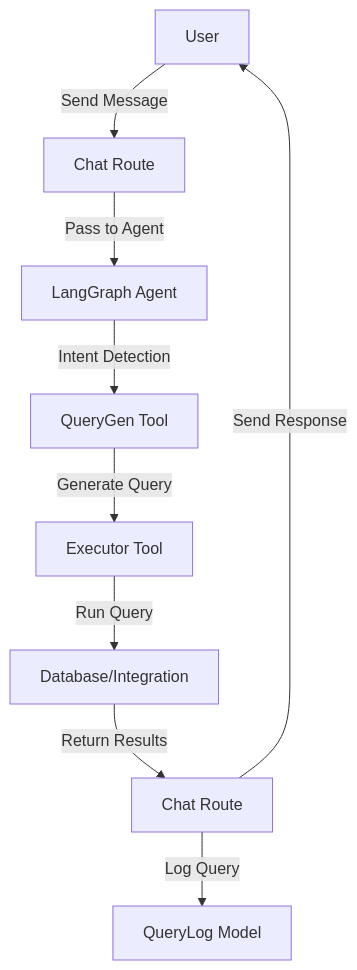
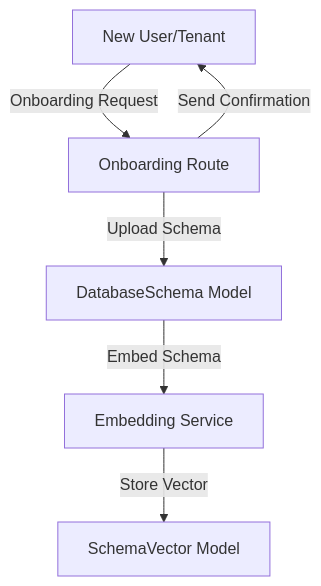
Before and after one commit to aniket-thapa/IntelliQuery: the third of 5 diagrams in Documentation.md, drawn with Mermaid. The commit also changed other lines of this file, not shown here.

````diff
--- a/Documentation.md
+++ b/Documentation.md
@@ -253,11 +253,8 @@
 ```mermaid
 flowchart TD
-    A[User] -->|Send Message| B[Chat Route]
-    B -->|Pass to Agent| C[LangGraph Agent]
-    C -->|Intent Detection| D[QueryGen Tool]
-    D -->|Generate Query| E[Executor Tool]
-    E -->|Run Query| F[Database/Integration]
-    F -->|Return Results| G[Chat Route]
-    G -->|Send Response| A
-    G -->|Log Query| H[QueryLog Model]
+    A[New User/Tenant] -->|Onboarding Request| B[Onboarding Route]
+    B -->|Upload Schema| D[DatabaseSchema Model]
+    D -->|Embed Schema| E[Embedding Service]
+    E -->|Store Vector| F[SchemaVector Model]
+    B -->|Send Confirmation| A
 ```
````
